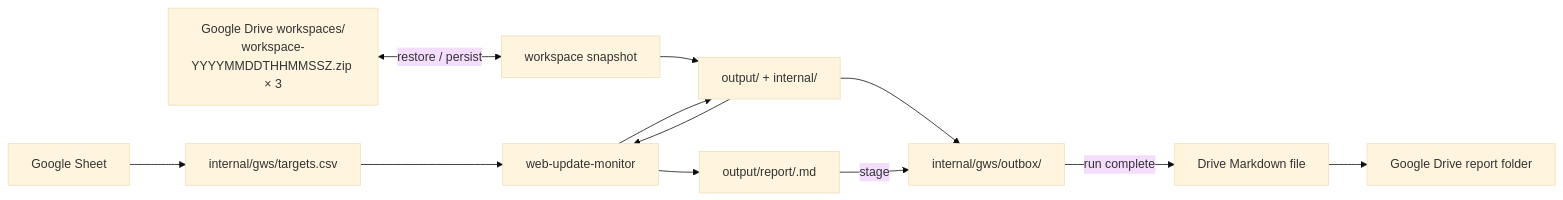
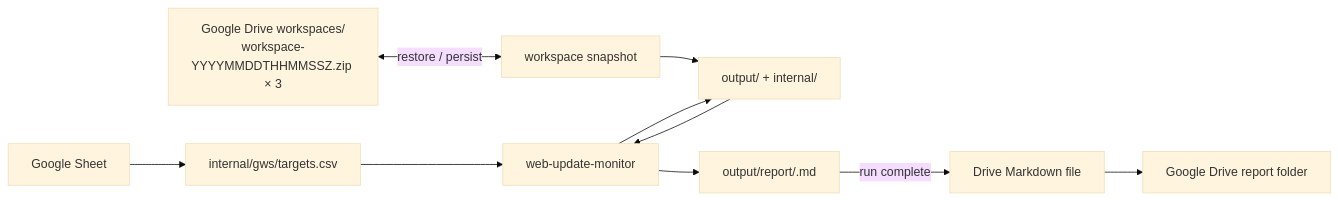
The first of 2 diagrams in README.md (dceoy/wsum), drawn with Mermaid (base theme) before and after one commit. The commit also changed other lines of this file, not shown here.

Commit message:
Document direct GWS report delivery

````diff
--- a/README.md
+++ b/README.md
@@ -23,14 +23,12 @@
 ```mermaid
 flowchart LR
     GS["Google Sheet"] --> CSV["internal/gws/targets.csv"]
     DS["Google Drive workspaces/<br/>workspace-YYYYMMDDTHHMMSSZ.zip × 3"] <-->|restore / persist| WS["workspace snapshot"]
     WS --> WORKSPACE["output/ + internal/"]
     CSV --> CORE["web-update-monitor"]
     WORKSPACE --> CORE
     CORE --> WORKSPACE
     CORE --> REPORT["output/report/<run-id>.md"]
-    WORKSPACE --> OUT["internal/gws/outbox/"]
-    REPORT -->|stage| OUT
-    OUT -->|run complete| GMD["Drive Markdown file"]
+    REPORT -->|run complete| GMD["Drive Markdown file"]
     GMD --> DR["Google Drive report folder"]
 ```
````
